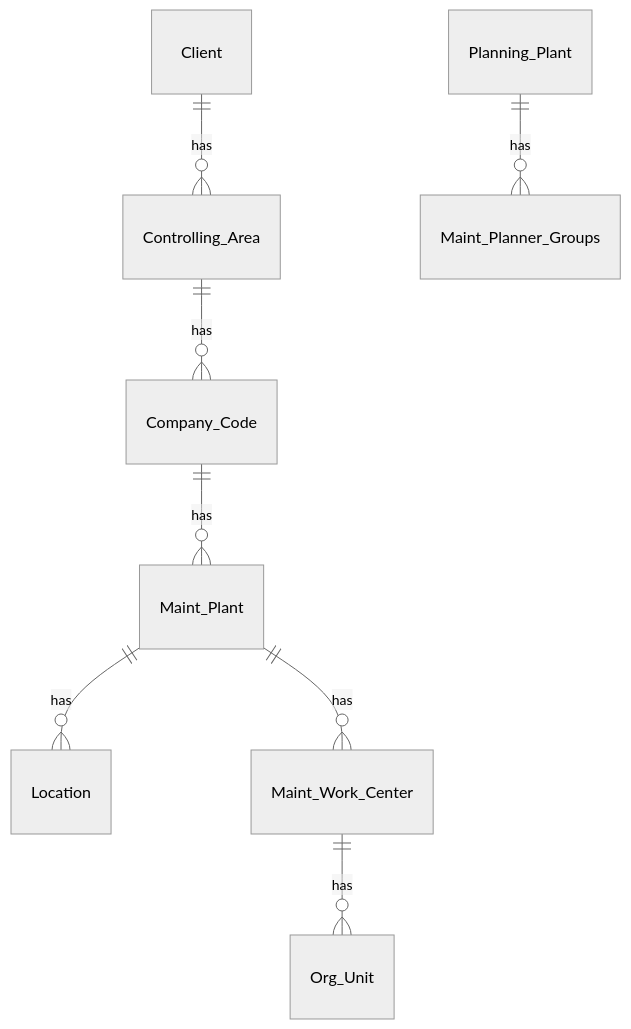
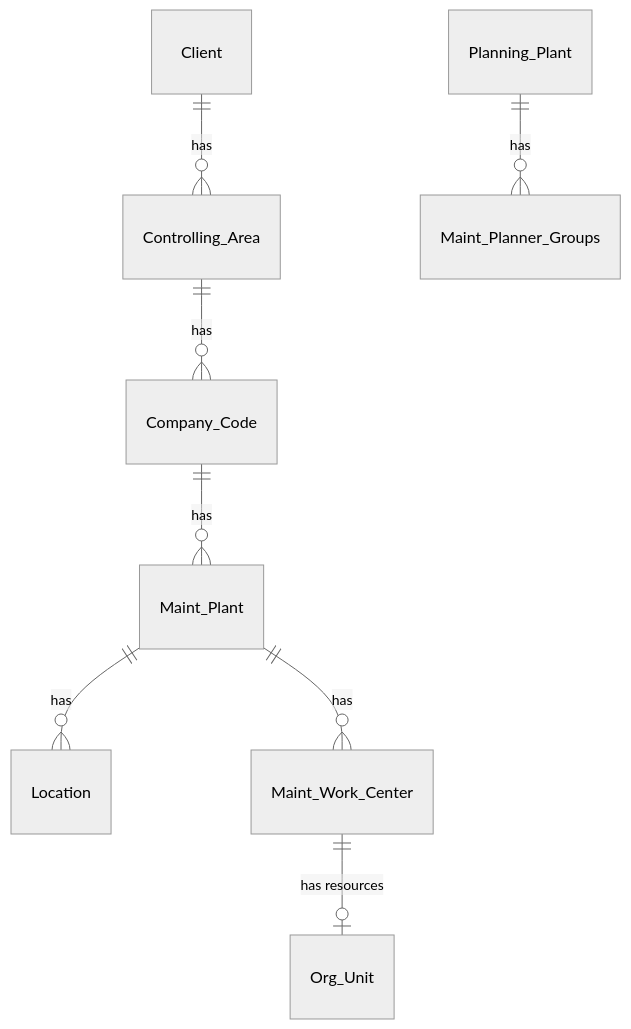
The first of 2 diagrams in ERP/PM/pm_org_levels.md (qurm/sap-diagrams), drawn with Mermaid (neutral theme) before and after one commit. The commit also changed other lines of this file and 5 other files, not shown here.

````diff
--- a/ERP/PM/pm_org_levels.md
+++ b/ERP/PM/pm_org_levels.md
@@ -6,13 +7,13 @@
 ```mermaid
 erDiagram
     Client ||--o{ Controlling_Area : has 
     Controlling_Area ||--o{ Company_Code : has 
     Company_Code ||--o{ Maint_Plant : has 
 
     Maint_Plant ||--o{ Location : has 
     Maint_Plant ||--o{ Maint_Work_Center : has 
-    Maint_Work_Center ||--o{ Org_Unit : has 
+    Maint_Work_Center ||--o| Org_Unit : "has resources"
   
     Planning_Plant ||--o{ Maint_Planner_Groups : has 
 
 ```
````
